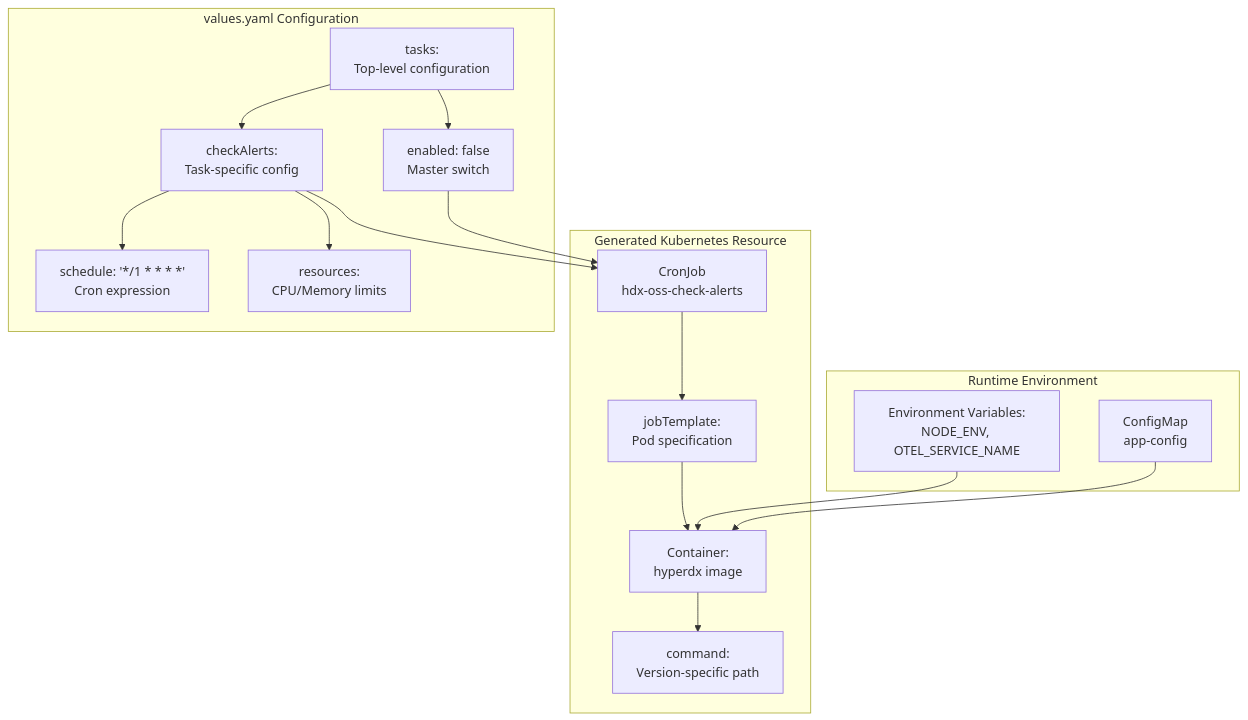
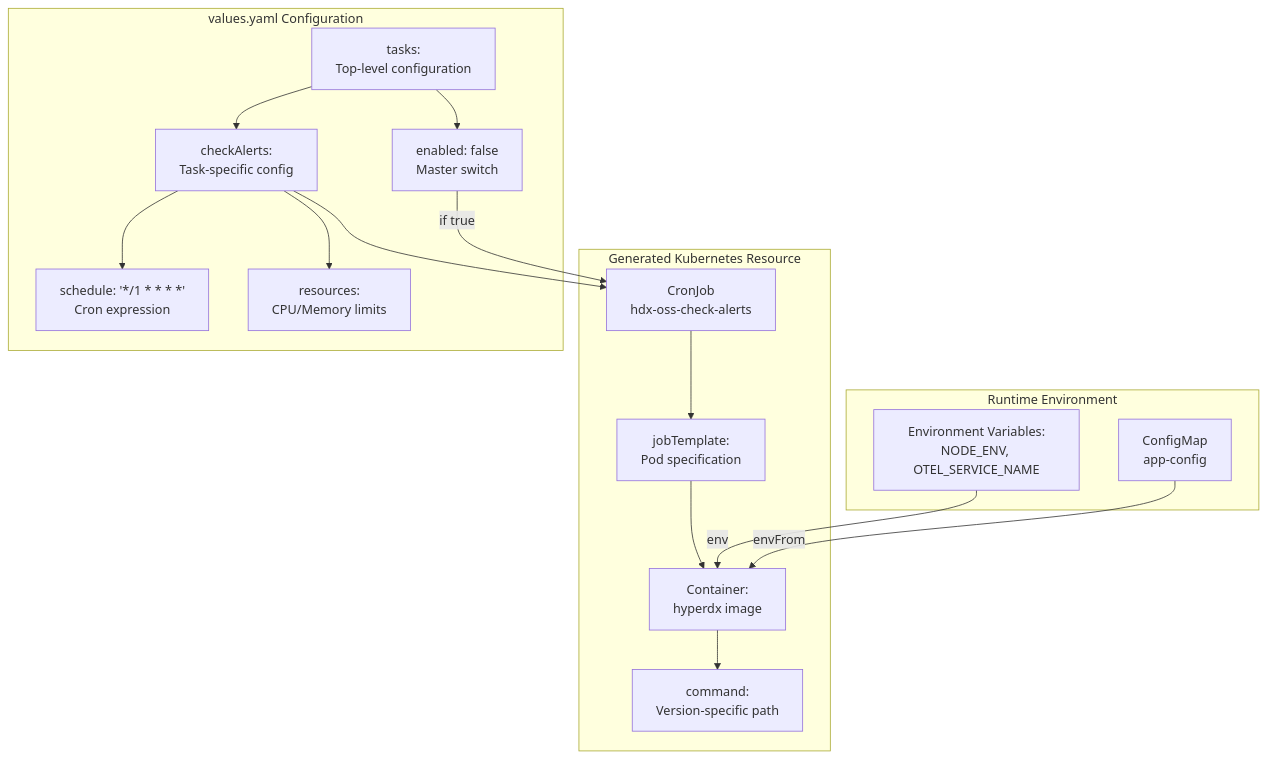
One commit to openchoreo/openchoreo changed the first of 4 diagrams in docs/hyperdxio-helm-charts-docs/Scheduled-Tasks-Configuration.md. Above: the diagram before and after it, drawn with Mermaid. The commit also changed other lines of this file and 85 other files, not shown here.

Commit message:
feat: Add new workflow and specification templates, update Helm chart dependencies, and clarify documentation diagrams.

````diff
--- a/docs/hyperdxio-helm-charts-docs/Scheduled-Tasks-Configuration.md
+++ b/docs/hyperdxio-helm-charts-docs/Scheduled-Tasks-Configuration.md
@@ -26,47 +26,47 @@
 ```mermaid
 flowchart TD
 
 TasksRoot["tasks:<br>Top-level configuration"]
 Enabled["enabled: false<br>Master switch"]
 CheckAlerts["checkAlerts:<br>Task-specific config"]
 Schedule["schedule: '*/1 * * * *'<br>Cron expression"]
 Resources["resources:<br>CPU/Memory limits"]
 CronJob["CronJob<br>hdx-oss-check-alerts"]
 JobTemplate["jobTemplate:<br>Pod specification"]
 Container["Container:<br>hyperdx image"]
 Command["command:<br>Version-specific path"]
 ConfigMap["ConfigMap<br>app-config"]
 EnvVars["Environment Variables:<br>NODE_ENV, OTEL_SERVICE_NAME"]
 
-Enabled --> CronJob
+Enabled -->|"if true"| CronJob
 CheckAlerts --> CronJob
-ConfigMap --> Container
-EnvVars --> Container
+ConfigMap -->|"envFrom"| Container
+EnvVars -->|"env"| Container
 
 subgraph subGraph2 ["Runtime Environment"]
     ConfigMap
     EnvVars
 end
 
 subgraph subGraph1 ["Generated Kubernetes Resource"]
     CronJob
     JobTemplate
     Container
     Command
     CronJob --> JobTemplate
     JobTemplate --> Container
     Container --> Command
 end
 
 subgraph subGraph0 ["values.yaml Configuration"]
     TasksRoot
     Enabled
     CheckAlerts
     Schedule
     Resources
     TasksRoot --> Enabled
     TasksRoot --> CheckAlerts
     CheckAlerts --> Schedule
     CheckAlerts --> Resources
 end
 ```
````
